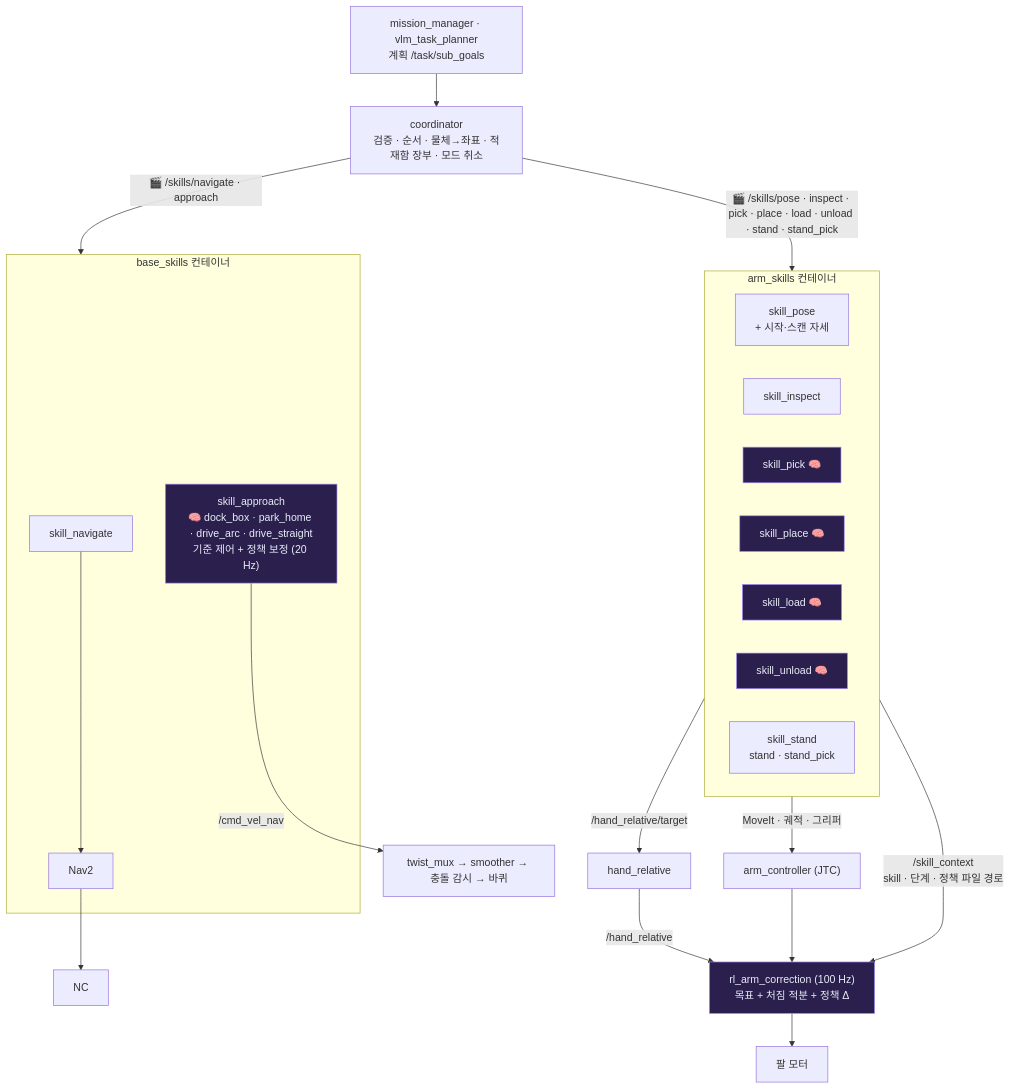
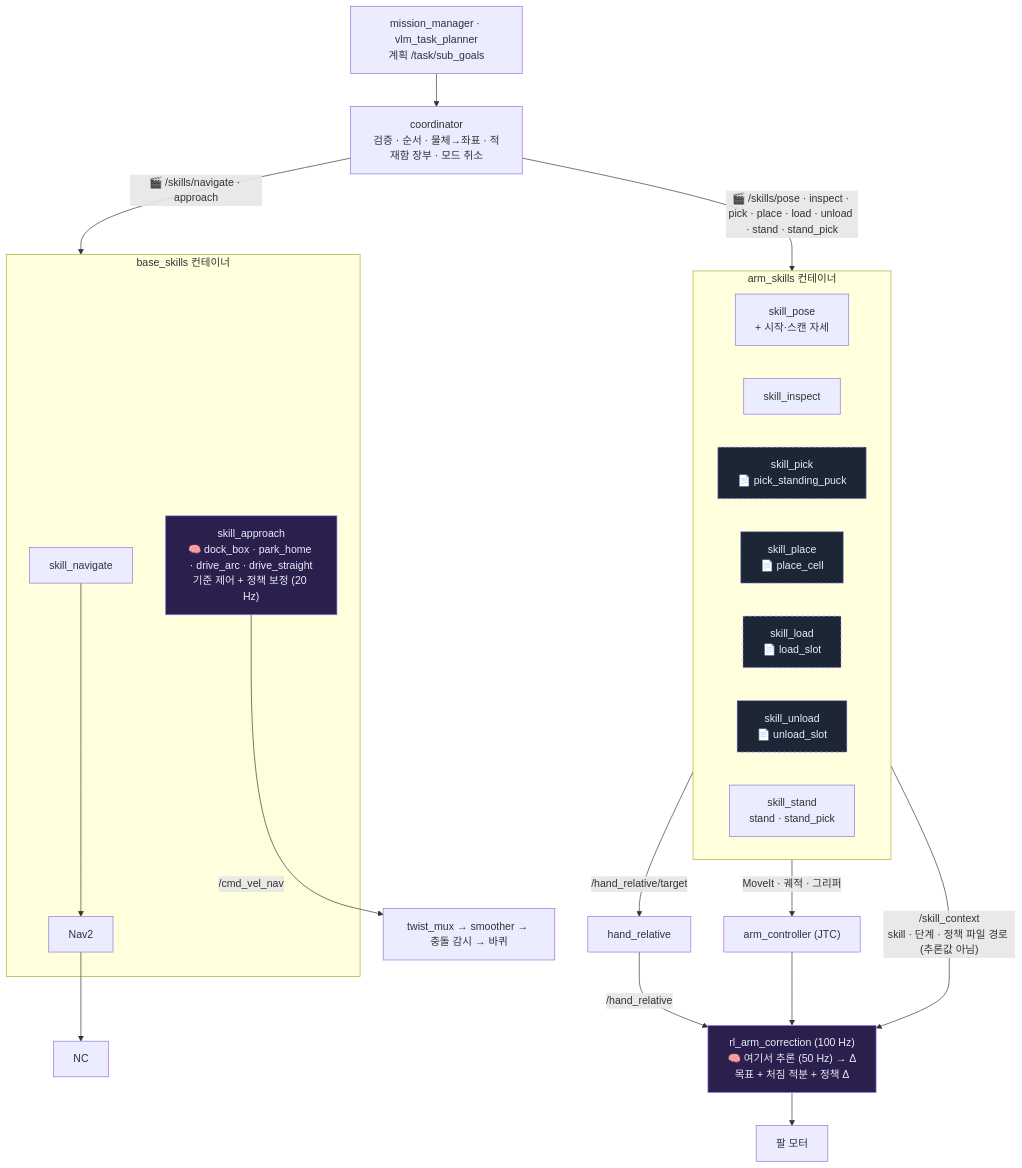
The first of 2 diagrams in bee/skill-nodes.md (JuneKunst/JuneKunst.github.io), drawn with Mermaid before and after one commit. The commit also changed other lines of this file and 8 other files, not shown here.

Commit message:
bee: 전체 — 팔 skill은 정책 경로만, 추론은 rl_arm_correction · PR #97 ONNX 기본 · models/ 경로 · #95

````diff
--- a/bee/skill-nodes.md
+++ b/bee/skill-nodes.md
@@ -38,26 +38,27 @@
 ```mermaid
 flowchart TB
   MM["mission_manager · vlm_task_planner<br/>계획 /task/sub_goals"] --> CO["coordinator<br/>검증 · 순서 · 물체→좌표 · 적재함 장부 · 모드 취소"]
   CO -->|"🎬 /skills/navigate · approach"| BASE
   CO -->|"🎬 /skills/pose · inspect · pick · place · load · unload · stand · stand_pick"| ARM
   subgraph BASE["base_skills 컨테이너"]
     SN["skill_navigate"] --> NAV2["Nav2"]
     SA["skill_approach<br/>🧠 dock_box · park_home · drive_arc · drive_straight<br/>기준 제어 + 정책 보정 (20 Hz)"]:::model
   end
   subgraph ARM["arm_skills 컨테이너"]
     SP["skill_pose<br/>+ 시작·스캔 자세"]
     SI["skill_inspect"]
-    SK["skill_pick 🧠"]:::model
-    SL["skill_place 🧠"]:::model
-    SLD["skill_load 🧠"]:::model
-    SU["skill_unload 🧠"]:::model
+    SK["skill_pick<br/>📄 pick_standing_puck"]:::pick
+    SL["skill_place<br/>📄 place_cell"]:::pick
+    SLD["skill_load<br/>📄 load_slot"]:::pick
+    SU["skill_unload<br/>📄 unload_slot"]:::pick
     SS["skill_stand<br/>stand · stand_pick"]
   end
   SA -->|"/cmd_vel_nav"| TM["twist_mux → smoother → 충돌 감시 → 바퀴"]
   NAV2 --> NC
   ARM -->|"MoveIt · 궤적 · 그리퍼"| JTC["arm_controller (JTC)"]
-  ARM -->|"/skill_context<br/>skill · 단계 · 정책 파일 경로"| RC["rl_arm_correction (100 Hz)<br/>목표 + 처짐 적분 + 정책 Δ"]:::model
+  ARM -->|"/skill_context<br/>skill · 단계 · 정책 파일 경로 (추론값 아님)"| RC["rl_arm_correction (100 Hz)<br/>🧠 여기서 추론 (50 Hz) → Δ<br/>목표 + 처짐 적분 + 정책 Δ"]:::model
   ARM -->|"/hand_relative/target"| HR["hand_relative"] -->|"/hand_relative"| RC
   JTC --> RC --> HW["팔 모터"]
   classDef model fill:#2a1f4d,stroke:#a78bfa,color:#e8eef8
+  classDef pick fill:#1c2635,stroke:#a78bfa,color:#e8eef8,stroke-dasharray:5 3
 ```
````
